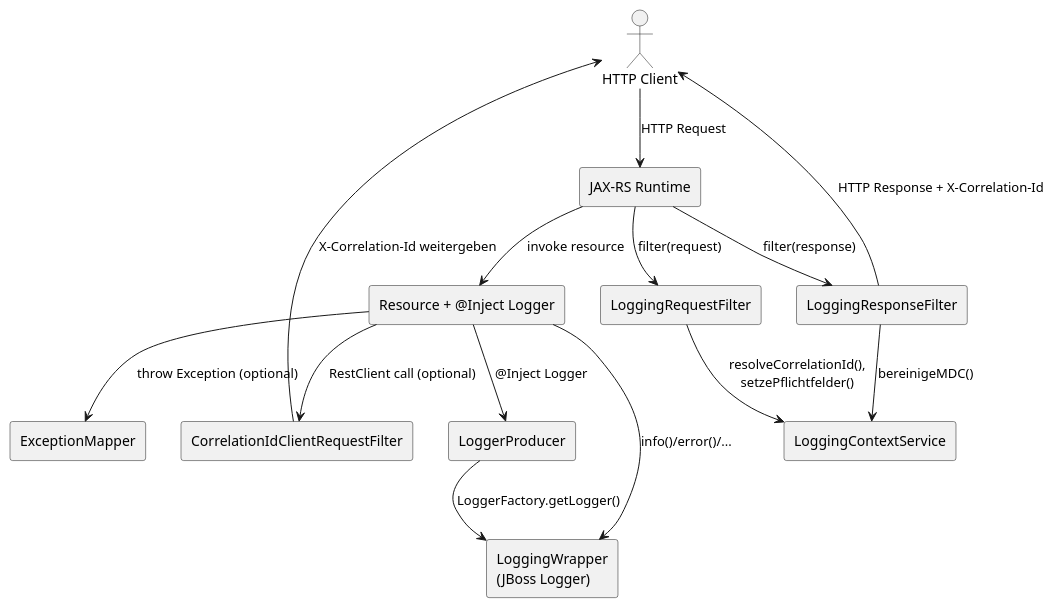
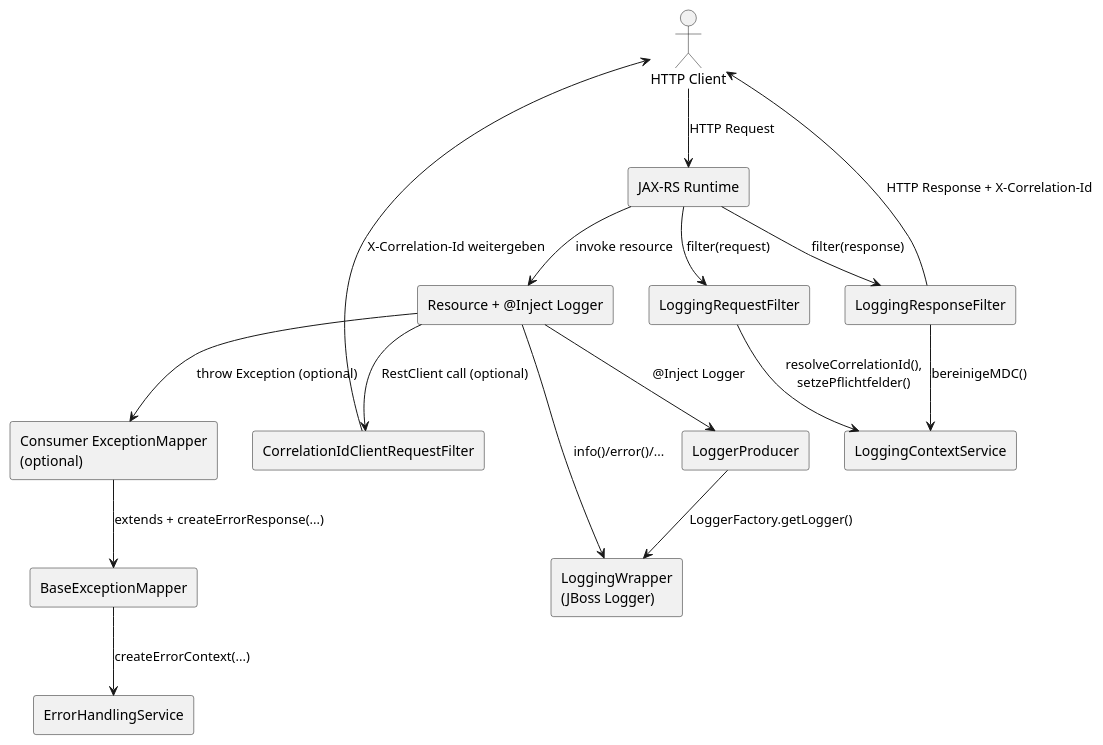
The diagram in docs/architecture/overview.md (marstusch/loglib), drawn with PlantUML before and after one commit. The commit also changed other lines of this file and 4 other files, not shown here.

Commit message:
docs(architecture): align diagrams with current exception handling model

````diff
--- a/docs/architecture/overview.md
+++ b/docs/architecture/overview.md
@@ -5,30 +5,34 @@
 ```plantuml
 @startuml
 skinparam componentStyle rectangle
 
 actor "HTTP Client" as Client
 component "JAX-RS Runtime" as Jaxrs
 component "LoggingRequestFilter" as Req
 component "LoggingContextService" as Ctx
 component "Resource + @Inject Logger" as Res
 component "LoggerProducer" as Prod
 component "LoggingWrapper\n(JBoss Logger)" as Wrapper
 component "CorrelationIdClientRequestFilter" as Out
-component "ExceptionMapper" as Ex
+component "Consumer ExceptionMapper\n(optional)" as Ex
+component "BaseExceptionMapper" as BaseEx
+component "ErrorHandlingService" as ErrSvc
 component "LoggingResponseFilter" as Resp
 
 Client --> Jaxrs : HTTP Request
 Jaxrs --> Req : filter(request)
 Req --> Ctx : resolveCorrelationId(),\nsetzePflichtfelder()
 Jaxrs --> Res : invoke resource
 Res --> Prod : @Inject Logger
 Prod --> Wrapper : LoggerFactory.getLogger()
 Res --> Wrapper : info()/error()/...
 Res --> Out : RestClient call (optional)
 Out --> Client : X-Correlation-Id weitergeben
 Res --> Ex : throw Exception (optional)
+Ex --> BaseEx : extends + createErrorResponse(...)
+BaseEx --> ErrSvc : createErrorContext(...)
 Jaxrs --> Resp : filter(response)
 Resp --> Ctx : bereinigeMDC()
 Resp --> Client : HTTP Response + X-Correlation-Id
 @enduml
 ```
````
